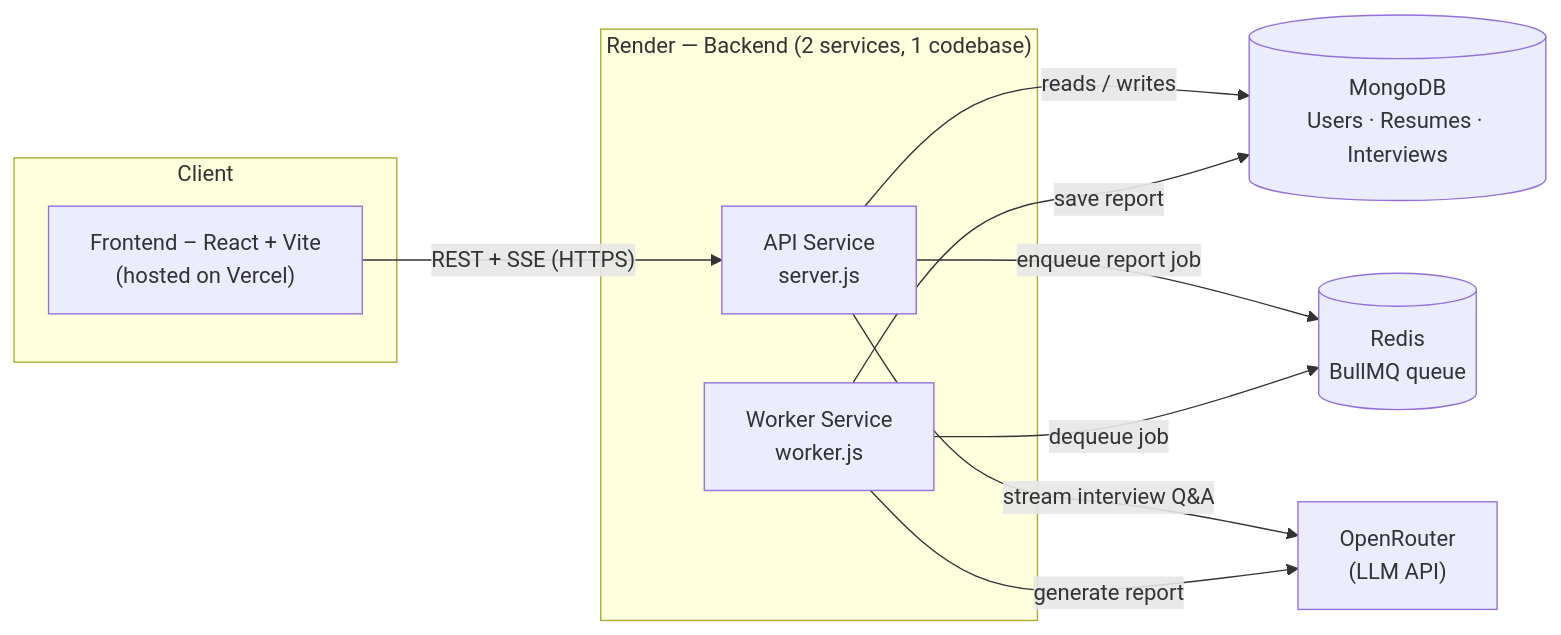
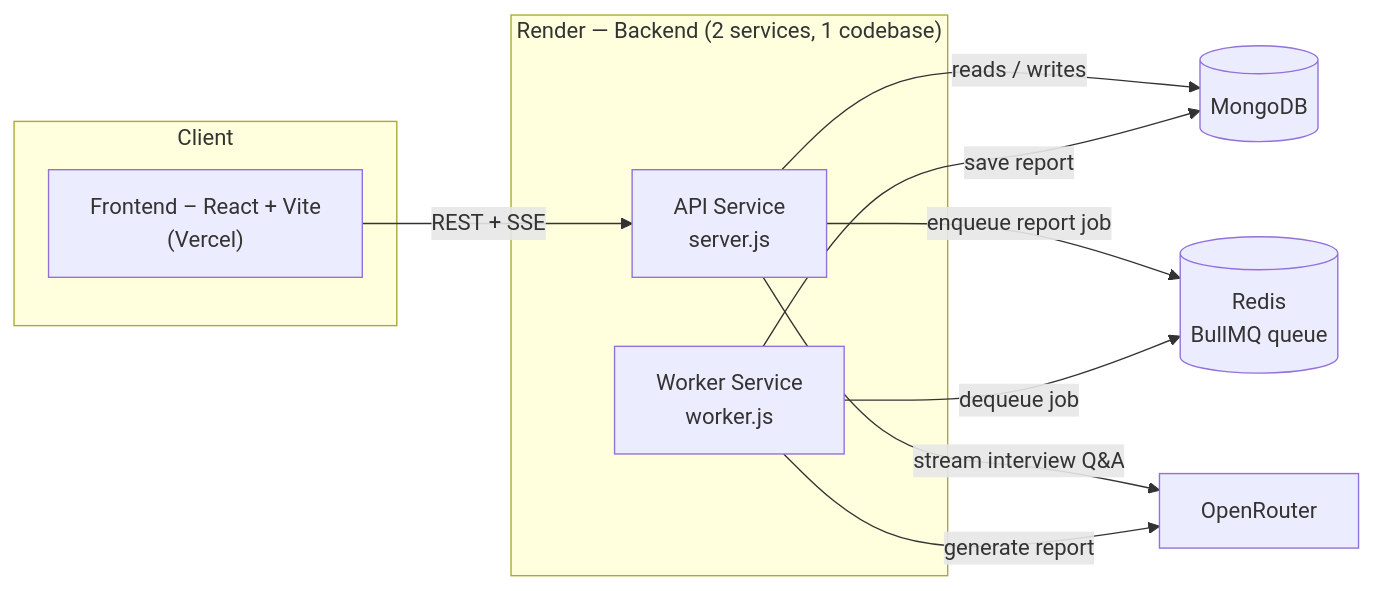
The diagram in README.md (tassu1/MockMate), drawn with Mermaid before and after one commit. The commit also changed other lines of this file, not shown here.

````diff
--- a/README.md
+++ b/README.md
@@ -169,23 +143,23 @@
 ```mermaid
 flowchart LR
     subgraph Client
-        FE["Frontend – React + Vite\n(hosted on Vercel)"]
+        FE["Frontend – React + Vite\n(Vercel)"]
     end
 
     subgraph Render["Render — Backend (2 services, 1 codebase)"]
         API["API Service\nserver.js"]
         WRK["Worker Service\nworker.js"]
     end
 
-    DB[("MongoDB\nUsers · Resumes · Interviews")]
+    DB[("MongoDB")]
     RD[("Redis\nBullMQ queue")]
-    LLM["OpenRouter\n(LLM API)"]
+    LLM["OpenRouter"]
 
-    FE -- "REST + SSE (HTTPS)" --> API
+    FE -- "REST + SSE" --> API
     API -- "reads / writes" --> DB
     API -- "enqueue report job" --> RD
     API -- "stream interview Q&A" --> LLM
     WRK -- "dequeue job" --> RD
     WRK -- "generate report" --> LLM
     WRK -- "save report" --> DB
 ```
````
